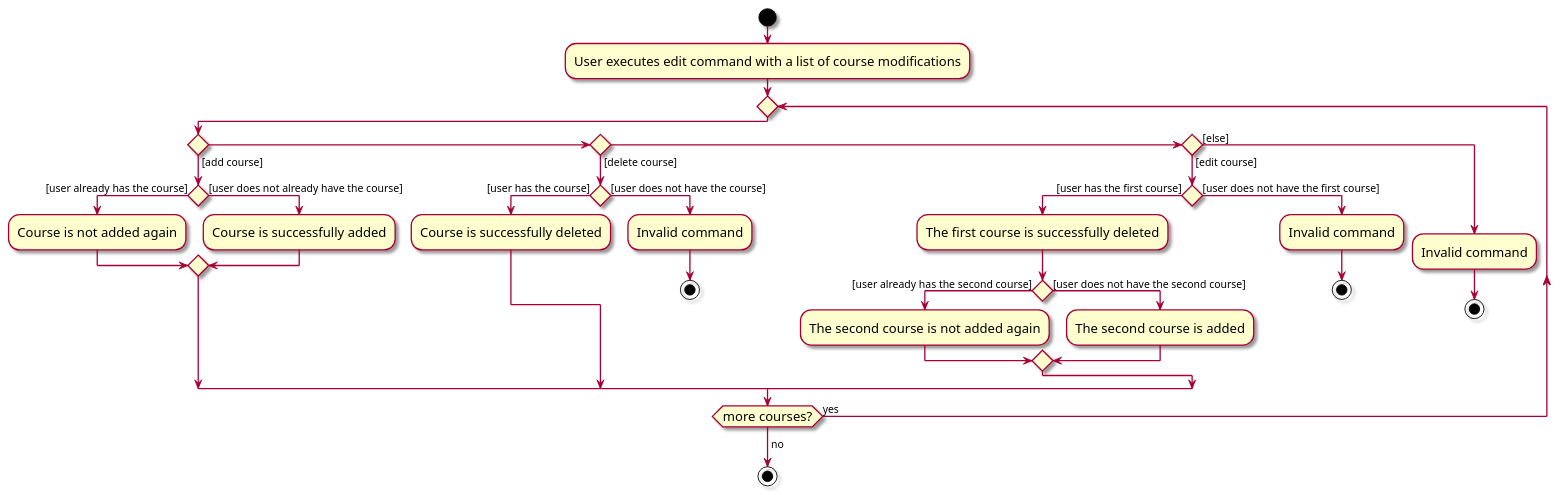
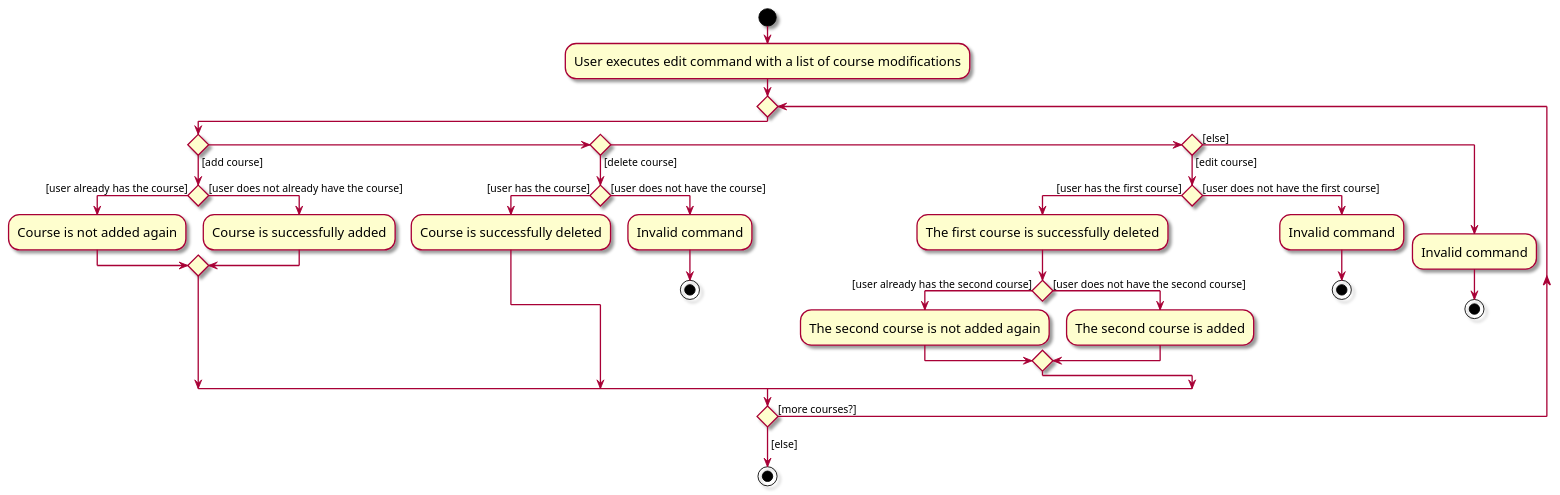
Before and after one commit to tanteckfang/tp: the diagram in docs/diagrams/EditActivityDiagram.puml, drawn with PlantUML. The commit also changed 4 other files, not shown here.

```diff
--- a/docs/diagrams/EditActivityDiagram.puml
+++ b/docs/diagrams/EditActivityDiagram.puml
@@ -1,43 +1,43 @@
 @startuml
 skin rose
 skinparam ActivityFontSize 15
 skinparam ArrowFontSize 12
 start
 :User executes edit command with a list of course modifications;
 
 'Since the beta syntax does not support placing the condition outside the
 'diamond we place it as the true branch instead.
 repeat
     if () then ([add course])
         if () then ([user already has the course])
             :Course is not added again;
         else ([user does not already have the course])
             :Course is successfully added;
         endif
     elseif () then ([delete course])
         if () then ([user has the course])
             :Course is successfully deleted;
         else ([user does not have the course])
             :Invalid command;
             stop
         endif
     elseif () then ([edit course])
         if () then ([user has the first course])
             :The first course is successfully deleted;
             if () then ([user already has the second course])
                 :The second course is not added again;
             else ([user does not have the second course])
                 :The second course is added;
             endif
         else ([user does not have the first course])
             :Invalid command;
             stop
         endif
     else ([else])
         :Invalid command;
         stop
     endif
-repeat while (more courses?) is (yes)
-->no;
+repeat while () is ([more courses?])
+->[else];
 stop
 @enduml
```
